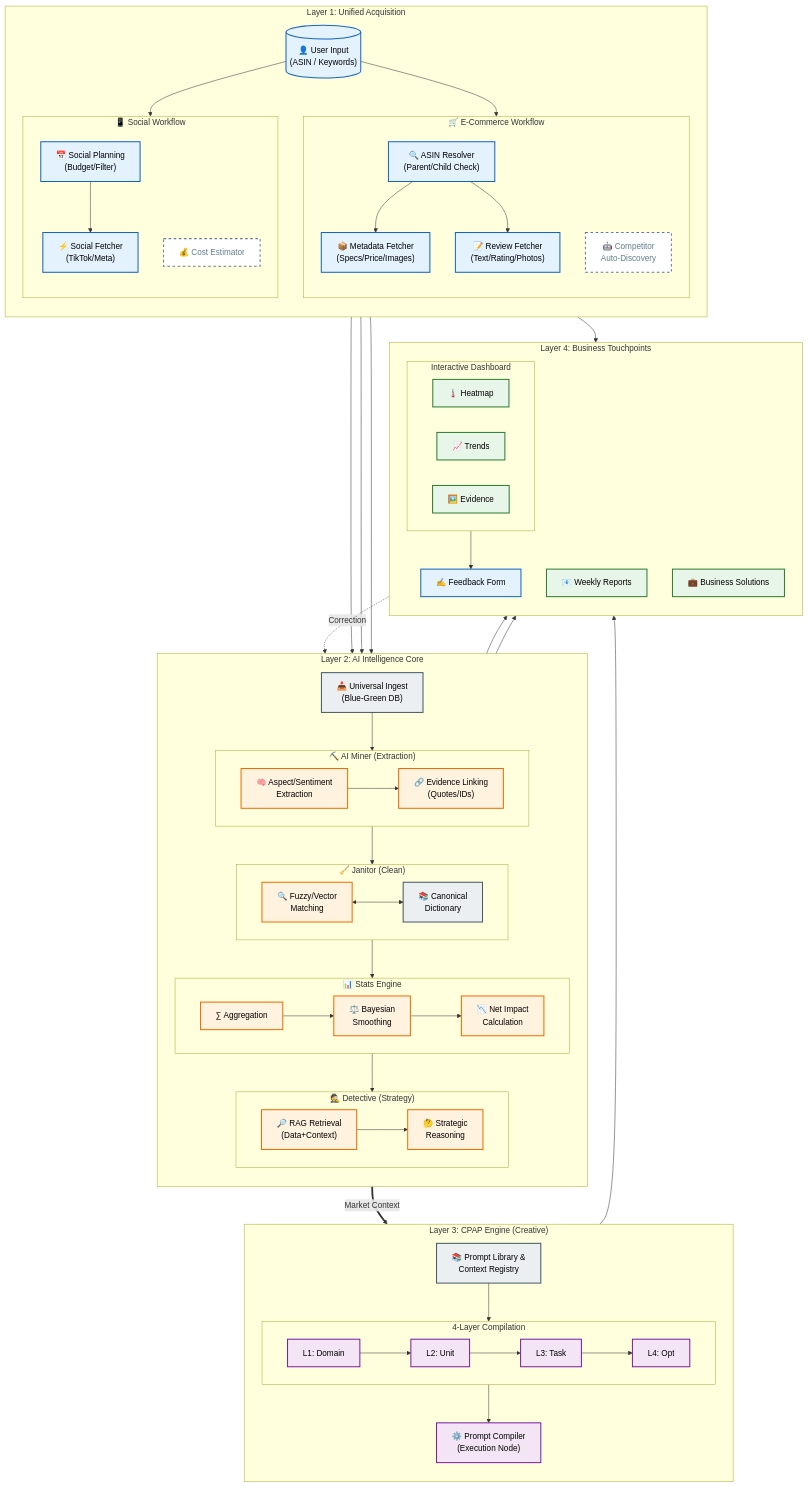
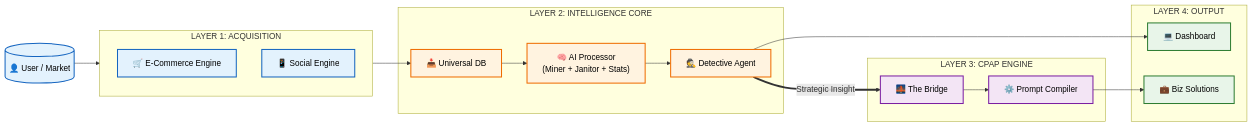
Before and after one commit to Daniel-LeTC/AI_market_intel_platform: the first of 4 diagrams in docs/ECOSYSTEM_NODES_MAP.md, drawn with Mermaid. The commit also changed other lines of this file, not shown here.

Commit message:
docs: modularize AI Ecosystem Map into Macro (Strategic) and Micro (Technical) views

````diff
--- a/docs/ECOSYSTEM_NODES_MAP.md
+++ b/docs/ECOSYSTEM_NODES_MAP.md
@@ -10,132 +13,43 @@
 ```mermaid
-graph TB
-    %% --- STYLES ---
-    classDef flow fill:#e3f2fd,stroke:#1565c0,stroke-width:2px,color:#000;
-    classDef ai fill:#fff3e0,stroke:#ef6c00,stroke-width:2px,color:#000;
-    classDef creative fill:#f3e5f5,stroke:#7b1fa2,stroke-width:2px,color:#000;
-    classDef storage fill:#eceff1,stroke:#455a64,stroke-width:2px,color:#000;
-    classDef output fill:#e8f5e9,stroke:#2e7d32,stroke-width:2px,color:#000;
-    classDef hidden fill:#ffffff,stroke:#607d8b,stroke-width:2px,color:#607d8b,stroke-dasharray: 5 5;
+graph LR
+    %% STYLES
+    classDef blue fill:#e3f2fd,stroke:#1565c0,stroke-width:2px,color:#000;
+    classDef orange fill:#fff3e0,stroke:#ef6c00,stroke-width:2px,color:#000;
+    classDef purple fill:#f3e5f5,stroke:#7b1fa2,stroke-width:2px,color:#000;
+    classDef green fill:#e8f5e9,stroke:#2e7d32,stroke-width:2px,color:#000;
 
-    %% --- LAYER 1: ACQUISITION ---
-    subgraph ACQ ["Layer 1: Unified Acquisition"]
-        direction TB
-        Input_User[("👤 User Input<br/>(ASIN / Keywords)")]:::flow
-        
-        subgraph ECOM_FLOW ["🛒 E-Commerce Workflow"]
-            direction TB
-            Node_Resolver["🔍 ASIN Resolver<br/>(Parent/Child Check)"]:::flow
-            Node_Fetcher_Meta["📦 Metadata Fetcher<br/>(Specs/Price/Images)"]:::flow
-            Node_Fetcher_Review["📝 Review Fetcher<br/>(Text/Rating/Photos)"]:::flow
-            Node_Competitor_Auto["🤖 Competitor<br/>Auto-Discovery"]:::hidden
-        end
-        
-        subgraph SOCIAL_FLOW ["📱 Social Workflow"]
-            direction TB
-            Node_Social_Plan["📅 Social Planning<br/>(Budget/Filter)"]:::flow
-            Node_Social_Fetch["⚡ Social Fetcher<br/>(TikTok/Meta)"]:::flow
-            Node_Social_Pricing["💰 Cost Estimator"]:::hidden
-        end
+    %% NODES
+    User[("👤 User / Market")]:::blue
+    
+    subgraph ACQ ["LAYER 1: ACQUISITION"]
+        Ecom["🛒 E-Commerce Engine"]:::blue
+        Social["📱 Social Engine"]:::blue
+    end
+    
+    subgraph INTEL ["LAYER 2: INTELLIGENCE CORE"]
+        DB["📥 Universal DB"]:::orange
+        Processor["🧠 AI Processor<br/>(Miner + Janitor + Stats)"]:::orange
+        Detective["🕵️ Detective Agent"]:::orange
+    end
+    
+    subgraph CREATIVE ["LAYER 3: CPAP ENGINE"]
+        Bridge["🌉 The Bridge"]:::purple
+        Compiler["⚙️ Prompt Compiler"]:::purple
+    end
+    
+    subgraph OUT ["LAYER 4: OUTPUT"]
+        Dash["💻 Dashboard"]:::green
+        Sol["💼 Biz Solutions"]:::green
     end
 
-    %% --- LAYER 2: INTELLIGENCE CORE ---
-    subgraph INTEL ["Layer 2: AI Intelligence Core"]
-        direction TB
-        Node_Ingest["📥 Universal Ingest<br/>(Blue-Green DB)"]:::storage
-
-        subgraph MINER_LOGIC ["⛏️ AI Miner (Extraction)"]
-            direction LR
-            Node_Miner_Extract["🧠 Aspect/Sentiment<br/>Extraction"]:::ai
-            Node_Miner_Evidence["🔗 Evidence Linking<br/>(Quotes/IDs)"]:::ai
-        end
-
-        subgraph JANITOR_LOGIC ["🧹 Janitor (Clean)"]
-            direction LR
-            Node_Janitor_Match["🔍 Fuzzy/Vector<br/>Matching"]:::ai
-            Node_Janitor_Dict["📚 Canonical<br/>Dictionary"]:::storage
-        end
-
-        subgraph STATS_LOGIC ["📊 Stats Engine"]
-            direction LR
-            Node_Stats_Agg["∑ Aggregation"]:::ai
-            Node_Stats_Weight["⚖️ Bayesian<br/>Smoothing"]:::ai
-            Node_Stats_Impact["📉 Net Impact<br/>Calculation"]:::ai
-        end
-
-        subgraph DETECTIVE_LOGIC ["🕵️ Detective (Strategy)"]
-            direction LR
-            Node_RAG["🔎 RAG Retrieval<br/>(Data+Context)"]:::ai
-            Node_Reasoning["🤔 Strategic<br/>Reasoning"]:::ai
-        end
-    end
-
-    %% --- LAYER 3: CPAP ---
-    subgraph CPAP ["Layer 3: CPAP Engine (Creative)"]
-        direction TB
-        Node_Library["📚 Prompt Library &<br/>Context Registry"]:::storage
-        
-        subgraph LAYERS ["4-Layer Compilation"]
-            direction LR
-            L1["L1: Domain"]:::creative
-            L2["L2: Unit"]:::creative
-            L3["L3: Task"]:::creative
-            L4["L4: Opt"]:::creative
-        end
-        
-        Node_Compiler["⚙️ Prompt Compiler<br/>(Execution Node)"]:::creative
-    end
-
-    %% --- LAYER 4: OUTPUT ---
-    subgraph OUT ["Layer 4: Business Touchpoints"]
-        direction TB
-        subgraph DASHBOARD ["Interactive Dashboard"]
-            direction LR
-            UI_Heatmap["🌡️ Heatmap"]:::output
-            UI_Trend["📈 Trends"]:::output
-            UI_Gallery["🖼️ Evidence"]:::output
-        end
-        UI_Mail["📧 Weekly Reports"]:::output
-        UI_Biz_Sol["💼 Business Solutions"]:::output
-        Node_Feedback["✍️ Feedback Form"]:::flow
-    end
-
-    %% --- CONNECTIONS (Logical Flow) ---
-    Input_User --> Node_Resolver
-    Node_Resolver --> Node_Fetcher_Meta
-    Node_Resolver --> Node_Fetcher_Review
-    Input_User --> Node_Social_Plan
-    Node_Social_Plan --> Node_Social_Fetch
+    %% FLOW
+    User --> ACQ
+    ACQ --> DB
+    DB --> Processor
+    Processor --> Detective
     
-    Node_Fetcher_Meta --> Node_Ingest
-    Node_Fetcher_Review --> Node_Ingest
-    Node_Social_Fetch --> Node_Ingest
-    
-    Node_Ingest --> Node_Miner_Extract
-    Node_Miner_Extract --> Node_Miner_Evidence
-    Node_Miner_Evidence --> Node_Janitor_Match
-    Node_Janitor_Match <--> Node_Janitor_Dict
-    Node_Janitor_Match --> Node_Stats_Agg
-    
-    Node_Stats_Agg --> Node_Stats_Weight
-    Node_Stats_Weight --> Node_Stats_Impact
-    Node_Stats_Impact --> Node_RAG
-    Node_RAG --> Node_Reasoning
-    
-    Node_Reasoning --> UI_Heatmap
-    Node_Reasoning --> UI_Mail
-    Node_Fetcher_Review --> UI_Gallery
-    
-    %% THE BRIDGE
-    Node_Reasoning ==>|Market Context| Node_Compiler
-    
-    Node_Library --> L1
-    L1 --> L2
-    L2 --> L3
-    L3 --> L4
-    L4 --> Node_Compiler
-    Node_Compiler --> UI_Biz_Sol
-
-    %% FEEDBACK LOOP
-    UI_Heatmap --> Node_Feedback
-    Node_Feedback -.->|Correction| Node_Janitor_Dict
+    Detective --> Dash
+    Detective ==>|Strategic Insight| Bridge
+    Bridge --> Compiler
+    Compiler --> Sol
 ```
````
